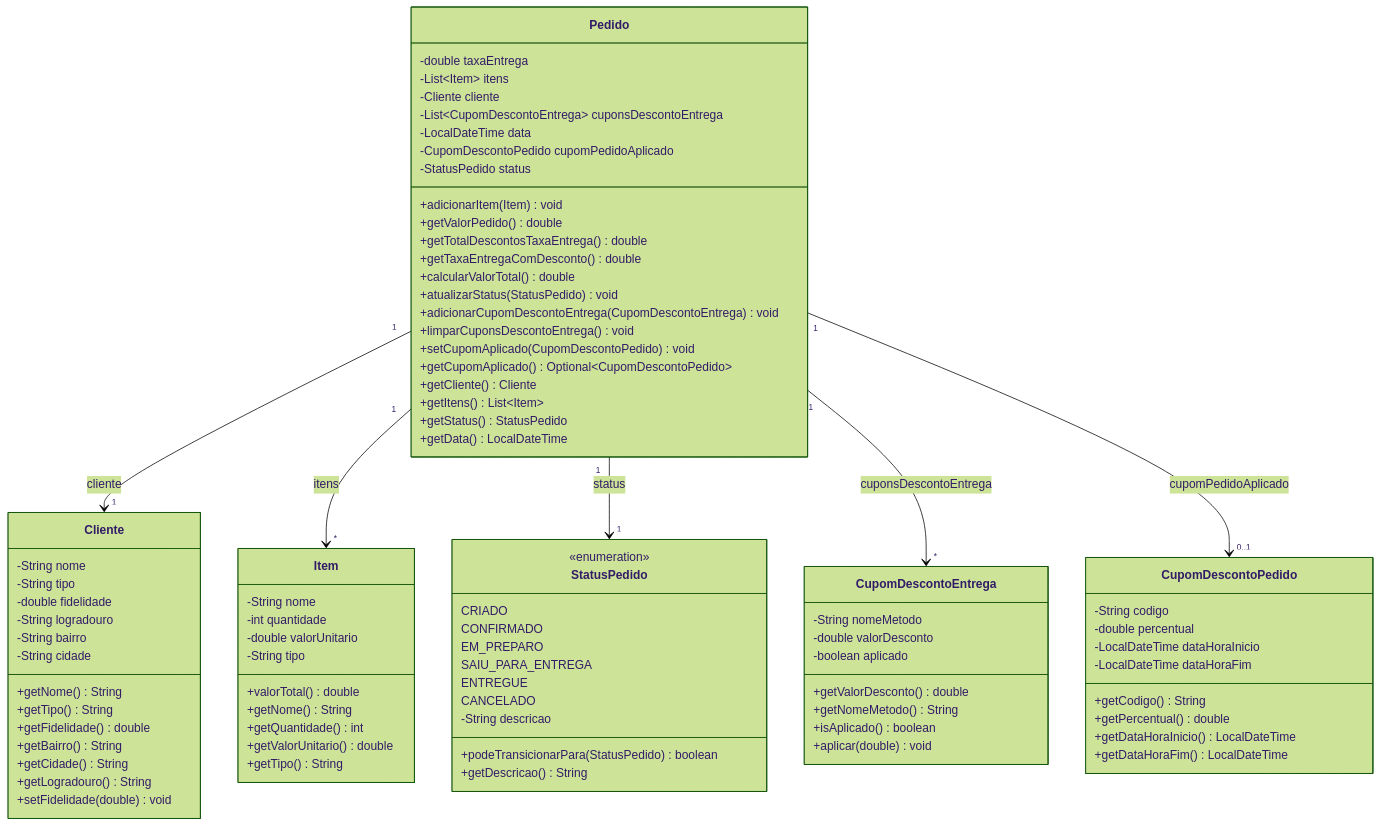
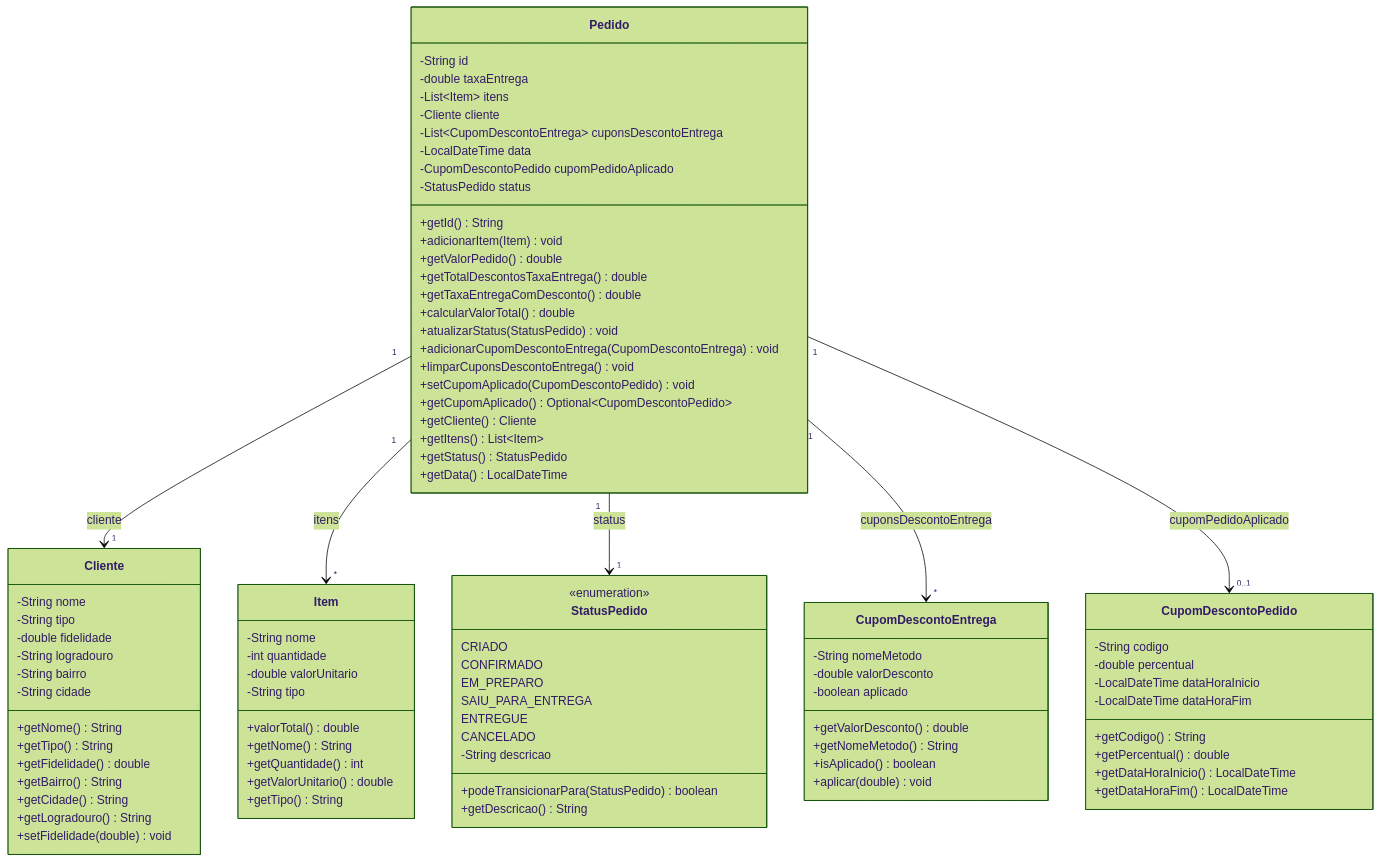
One commit to lucasfxk/CleanCode_Implementacao changed the second of 6 diagrams in diagramas_uml.md. Above: the diagram before and after it, drawn with Mermaid (forest theme). The commit also changed other lines of this file and 65 other files, not shown here.

Commit message:
diagramas e readme atualizados,blindar camada de domínio e desacoplar UI via DTOs

````diff
--- a/diagramas_uml.md
+++ b/diagramas_uml.md
@@ -55,6 +55,7 @@
 ```mermaid
 classDiagram
     class Pedido {
+        -String id
         -double taxaEntrega
         -List~Item~ itens
         -Cliente cliente
@@ -62,6 +63,7 @@
         -LocalDateTime data
         -CupomDescontoPedido cupomPedidoAplicado
         -StatusPedido status
+        +getId() String
         +adicionarItem(Item) void
         +getValorPedido() double
         +getTotalDescontosTaxaEntrega() double
````
